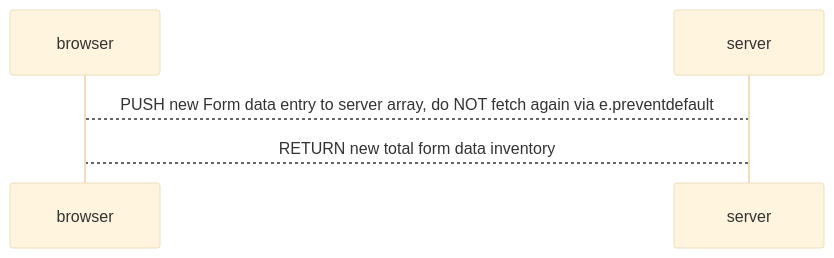
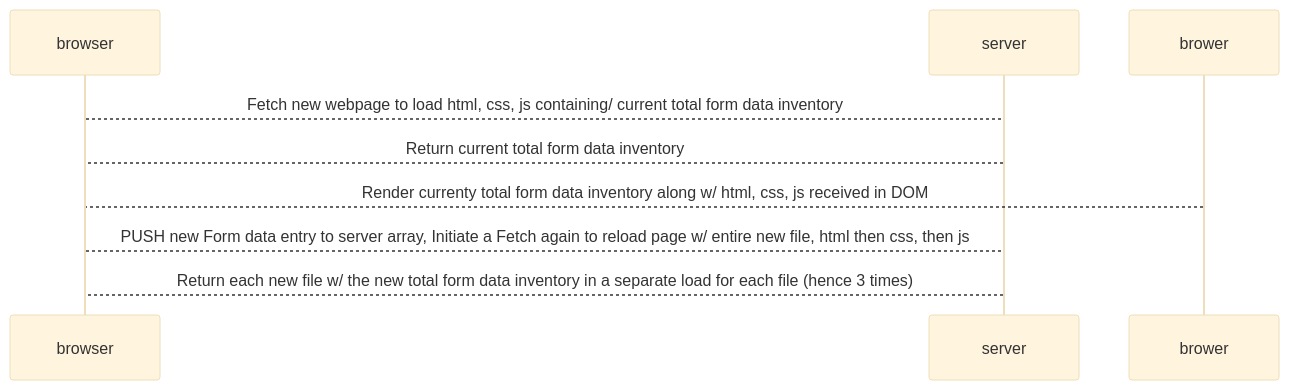
Before and after one commit to cdhsu4/full-stack-open: the first of 2 diagrams in part-1-exercise-0.4.md, drawn with Mermaid (base theme).

````diff
--- a/part-1-exercise-0.4.md
+++ b/part-1-exercise-0.4.md
@@ -1,5 +1,8 @@
 ```mermaid
   sequenceDiagram;
-    browser-->server: PUSH new Form data entry to server array, do NOT fetch again via e.preventdefault
-    server-->browser: RETURN new total form data inventory
+    browser-->server: Fetch new webpage to load html, css, js containing/ current total form data inventory
+    server-->browser: Return current total form data inventory
+    brower-->browser: Render currenty total form data inventory along w/ html, css, js received in DOM
+    browser-->server: PUSH new Form data entry to server array, Initiate a Fetch again to reload page w/ entire new file, html                         then css, then js
+    server-->browser: Return each new file w/ the new total form data inventory in a separate load for each file (hence 3 times)
 ```
````
